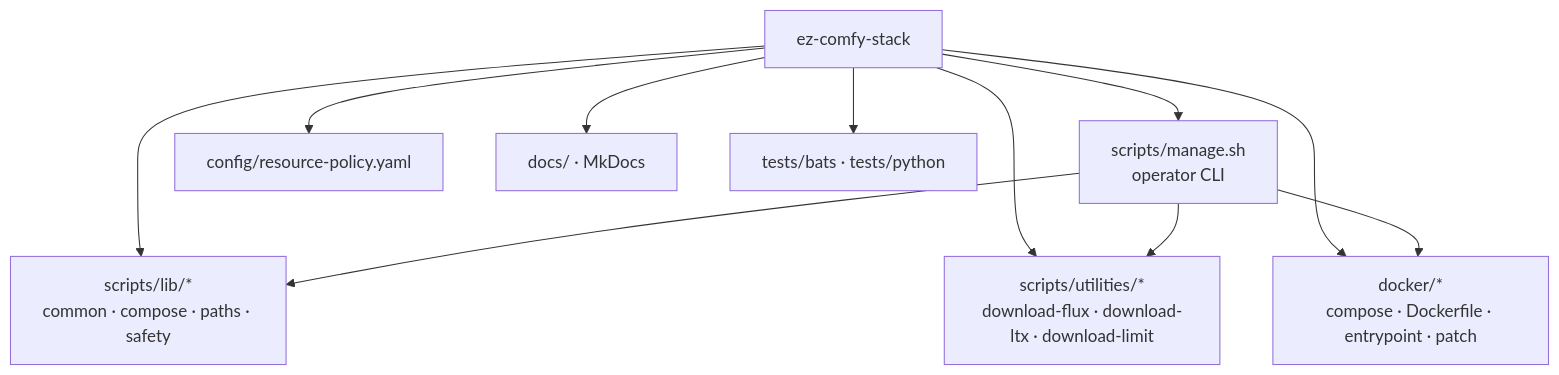
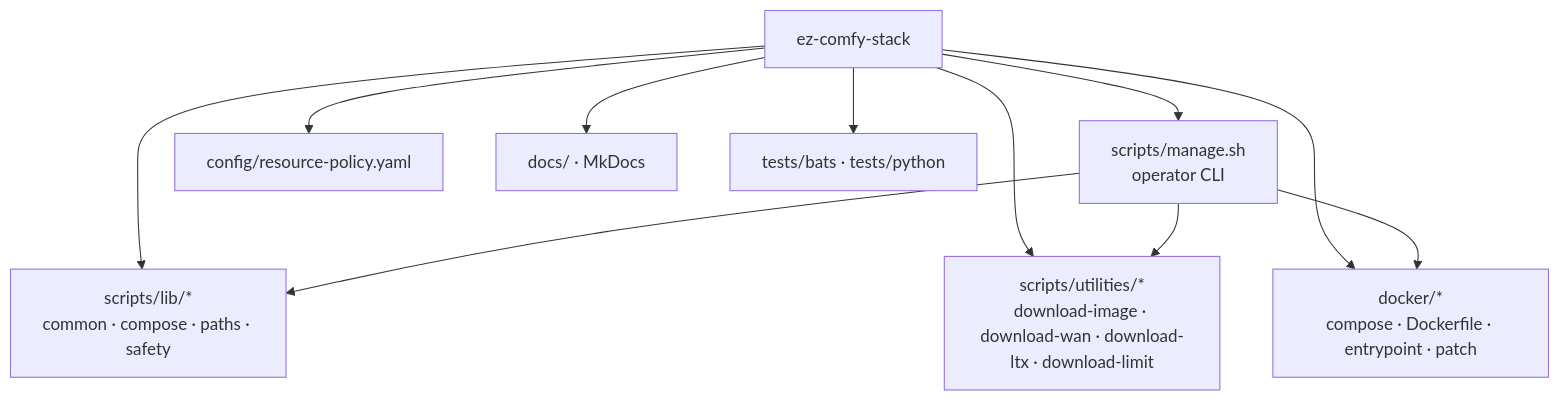
The first of 6 diagrams in docs/project-conventions.md (toxicoder/ez-comfy-stack), drawn with Mermaid before and after one commit. The commit also changed 14 other files, not shown here.

First line of the commit message:
feat: download Apache Klein 4B, Wan 2.2 5B, and LTX-2.5

````diff
--- a/docs/project-conventions.md
+++ b/docs/project-conventions.md
@@ -37,14 +37,14 @@
 ```mermaid
 flowchart TB
   Root["ez-comfy-stack"]
   Root --> Manage["scripts/manage.sh<br/>operator CLI"]
   Root --> Lib["scripts/lib/*<br/>common · compose · paths · safety"]
-  Root --> Util["scripts/utilities/*<br/>download-flux · download-ltx · download-limit"]
+  Root --> Util["scripts/utilities/*<br/>download-image · download-wan · download-ltx · download-limit"]
   Root --> Docker["docker/*<br/>compose · Dockerfile · entrypoint · patch"]
   Root --> Cfg["config/resource-policy.yaml"]
   Root --> Docs["docs/ · MkDocs"]
   Root --> Tests["tests/bats · tests/python"]
   Manage --> Lib
   Manage --> Util
   Manage --> Docker
 ```
````
